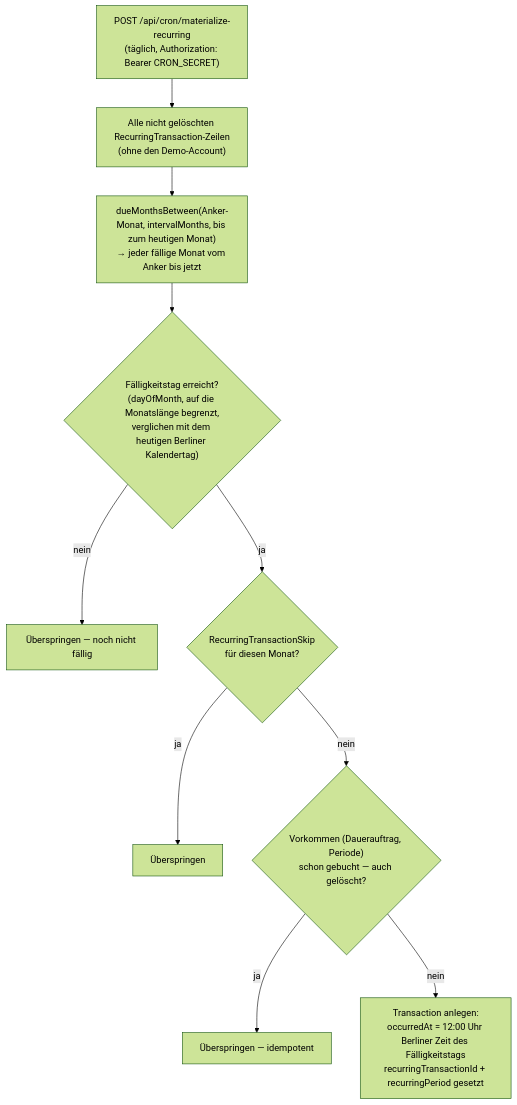
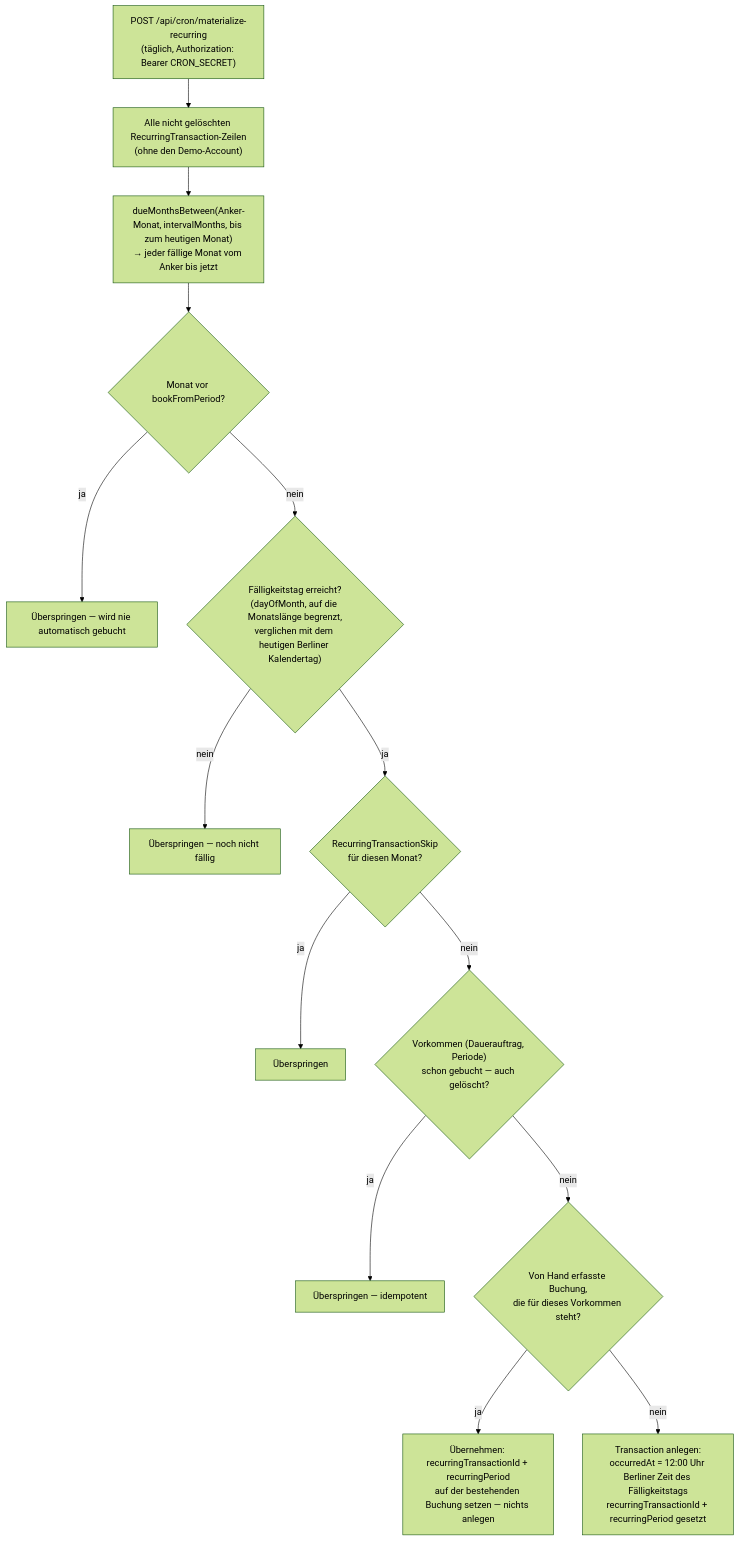
One commit to konradthiemann/Doewe changed the first of 3 diagrams in docs/calculations/03-wiederkehrende-transaktionen.md. Above: the diagram before and after it, drawn with Mermaid (forest theme). The commit also changed other lines of this file and 1 other file, not shown here.

First line of the commit message:
docs(recurring): describe lower bound and adoption

````diff
--- a/docs/calculations/03-wiederkehrende-transaktionen.md
+++ b/docs/calculations/03-wiederkehrende-transaktionen.md
@@ -50,12 +58,16 @@
 ```mermaid
 flowchart TD
     CRON["POST /api/cron/materialize-recurring\n(täglich, Authorization: Bearer CRON_SECRET)"] --> ALL["Alle nicht gelöschten RecurringTransaction-Zeilen\n(ohne den Demo-Account)"]
     ALL --> DUE["dueMonthsBetween(Anker-Monat, intervalMonths, bis zum heutigen Monat)\n→ jeder fällige Monat vom Anker bis jetzt"]
-    DUE --> DAY{"Fälligkeitstag erreicht?\n(dayOfMonth, auf die Monatslänge begrenzt,\nverglichen mit dem heutigen Berliner Kalendertag)"}
+    DUE --> FROM{"Monat vor bookFromPeriod?"}
+    FROM -->|ja| SKIP_FROM["Überspringen — wird nie automatisch gebucht"]
+    FROM -->|nein| DAY{"Fälligkeitstag erreicht?\n(dayOfMonth, auf die Monatslänge begrenzt,\nverglichen mit dem heutigen Berliner Kalendertag)"}
     DAY -->|nein| SKIP_FUTURE["Überspringen — noch nicht fällig"]
     DAY -->|ja| SKIPPED{"RecurringTransactionSkip\nfür diesen Monat?"}
     SKIPPED -->|ja| SKIP["Überspringen"]
     SKIPPED -->|nein| BOOKED{"Vorkommen (Dauerauftrag, Periode)\nschon gebucht — auch gelöscht?"}
     BOOKED -->|ja| SKIP2["Überspringen — idempotent"]
-    BOOKED -->|nein| CREATE["Transaction anlegen:\noccurredAt = 12:00 Uhr Berliner Zeit des Fälligkeitstags\nrecurringTransactionId + recurringPeriod gesetzt"]
+    BOOKED -->|nein| MANUAL{"Von Hand erfasste Buchung,\ndie für dieses Vorkommen steht?"}
+    MANUAL -->|ja| ADOPT["Übernehmen: recurringTransactionId + recurringPeriod\nauf der bestehenden Buchung setzen — nichts anlegen"]
+    MANUAL -->|nein| CREATE["Transaction anlegen:\noccurredAt = 12:00 Uhr Berliner Zeit des Fälligkeitstags\nrecurringTransactionId + recurringPeriod gesetzt"]
 ```
````
